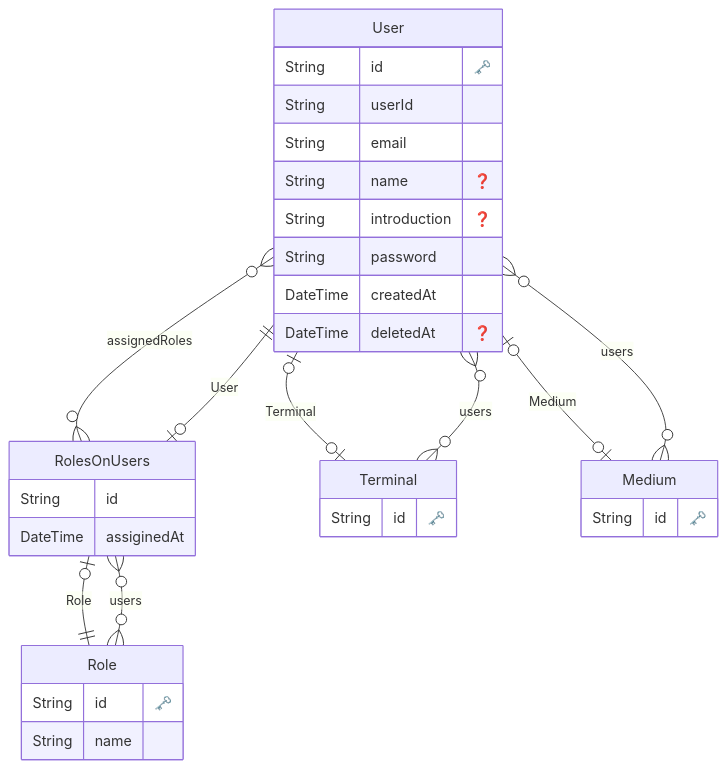
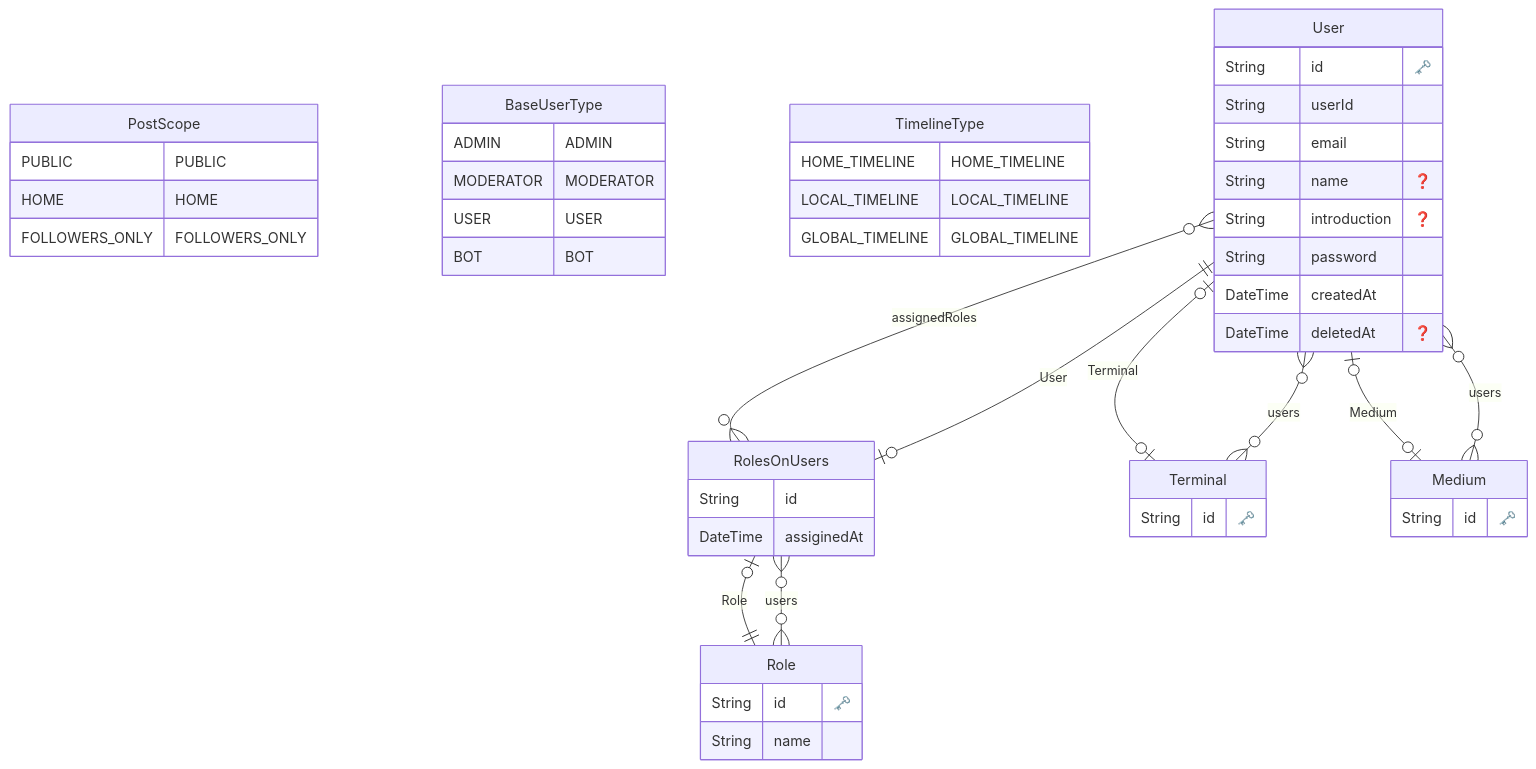
Before and after one commit to na2na-p/avion: the diagram in packages/db/dist/erd.md, drawn with Mermaid. The commit also changed 1 other file, not shown here.

Commit message:
Add enums

````diff
--- a/packages/db/dist/erd.md
+++ b/packages/db/dist/erd.md
@@ -1,45 +1,68 @@
 ```mermaid
 erDiagram
 
+        PostScope {
+            PUBLIC PUBLIC
+HOME HOME
+FOLLOWERS_ONLY FOLLOWERS_ONLY
+        }
+    
+
+
+        BaseUserType {
+            ADMIN ADMIN
+MODERATOR MODERATOR
+USER USER
+BOT BOT
+        }
+    
+
+
+        TimelineType {
+            HOME_TIMELINE HOME_TIMELINE
+LOCAL_TIMELINE LOCAL_TIMELINE
+GLOBAL_TIMELINE GLOBAL_TIMELINE
+        }
+    
   "User" {
     String id "🗝️"
     String userId 
     String email 
     String name "❓"
     String introduction "❓"
     String password 
     DateTime createdAt 
     DateTime deletedAt "❓"
     }
   
 
   "RolesOnUsers" {
     String id 
     DateTime assiginedAt 
     }
   
 
   "Role" {
     String id "🗝️"
     String name 
     }
   
 
   "Terminal" {
     String id "🗝️"
     }
   
 
   "Medium" {
     String id "🗝️"
     }
   
     "User" o|--|o "Terminal" : "Terminal"
     "User" o|--|o "Medium" : "Medium"
     "User" o{--}o "RolesOnUsers" : "assignedRoles"
     "RolesOnUsers" o|--|| "User" : "User"
     "RolesOnUsers" o|--|| "Role" : "Role"
     "Role" o{--}o "RolesOnUsers" : "users"
     "Terminal" o{--}o "User" : "users"
     "Medium" o{--}o "User" : "users"
 ```
````
